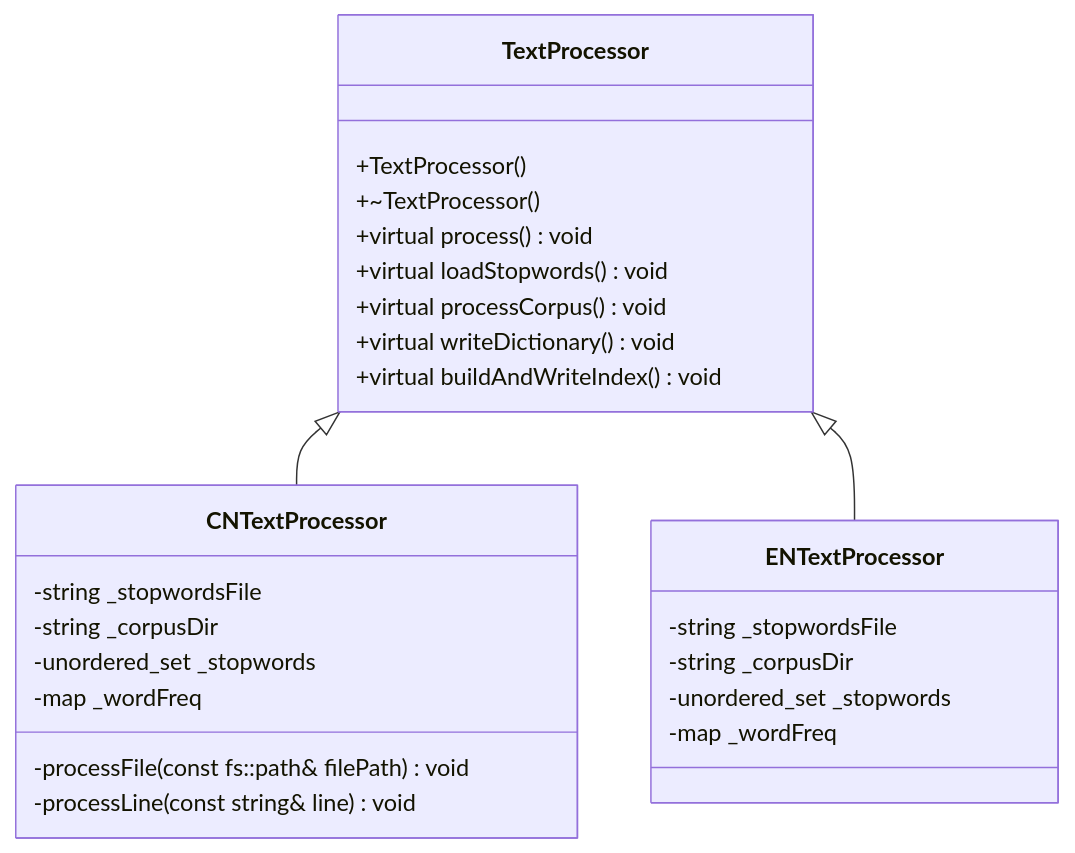
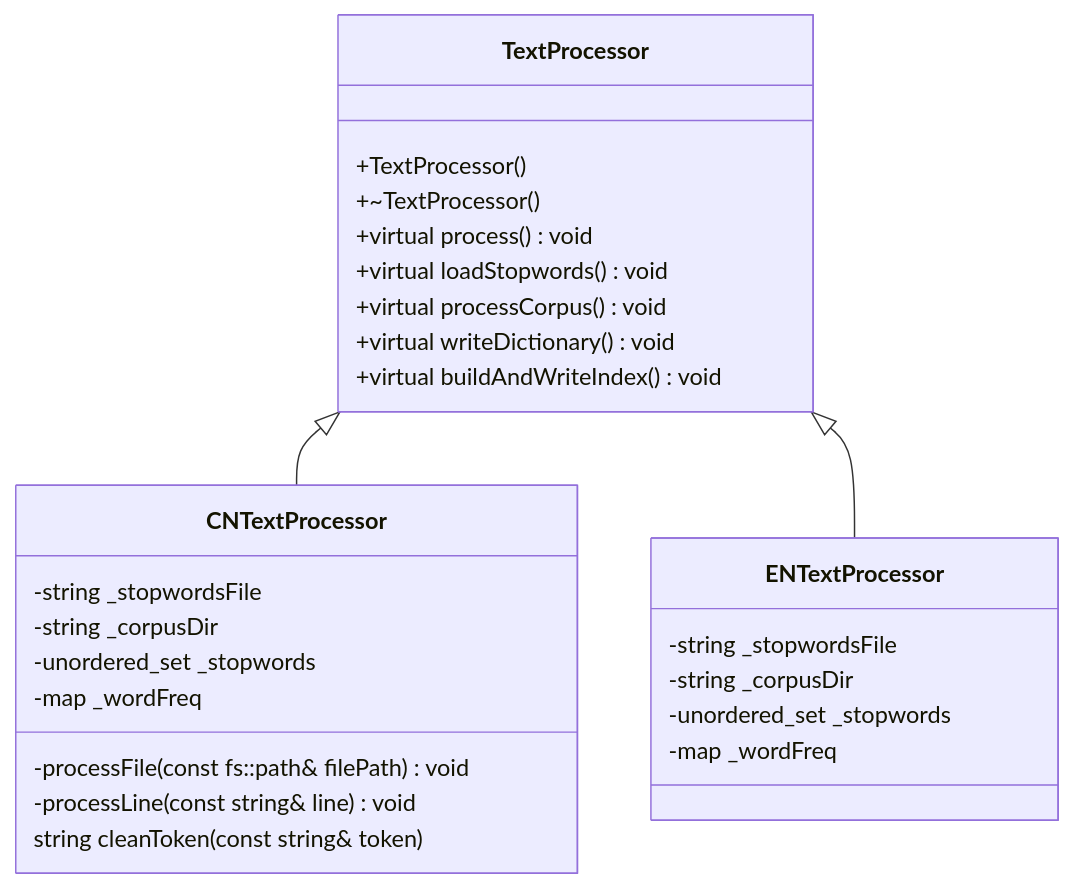
The diagram in all/未命名-1.md (Jason-DancingBoy/iodraw-files), drawn with Mermaid before and after one commit.

Commit message:
2026-01-02 21:17:56 update

````diff
--- a/all/未命名-1.md
+++ b/all/未命名-1.md
@@ -1,30 +1,32 @@
 ```mermaid
 classDiagram
     TextProcessor <|-- CNTextProcessor
     TextProcessor <|-- ENTextProcessor
     TextProcessor: +TextProcessor()
     TextProcessor: +~TextProcessor()
     TextProcessor: +virtual process() void
     TextProcessor: +virtual loadStopwords() void 
     TextProcessor: +virtual processCorpus() void
     TextProcessor: +virtual writeDictionary() void
     TextProcessor: +virtual buildAndWriteIndex() void
     class CNTextProcessor{
       -string _stopwordsFile
       -string _corpusDir
       -unordered_set<string> _stopwords
       -map<string, int> _wordFreq
       -processFile(const fs::path& filePath) void
       -processLine(const string& line) void 
+      string cleanToken(const string& token)
     }
     class ENTextProcessor{
       -string _stopwordsFile
       -string _corpusDir
       -unordered_set<string> _stopwords
       -map<string, int> _wordFreq
+
     }
     %%  string _stopwordsFile; // 存放停用词文件名
     %%  string _corpusDir; // 存放语料库目录
     %%  unordered_set<string> _stopwords; // 用来存放停用词
     %%  map<string, int> _wordFreq;
 ```
````
